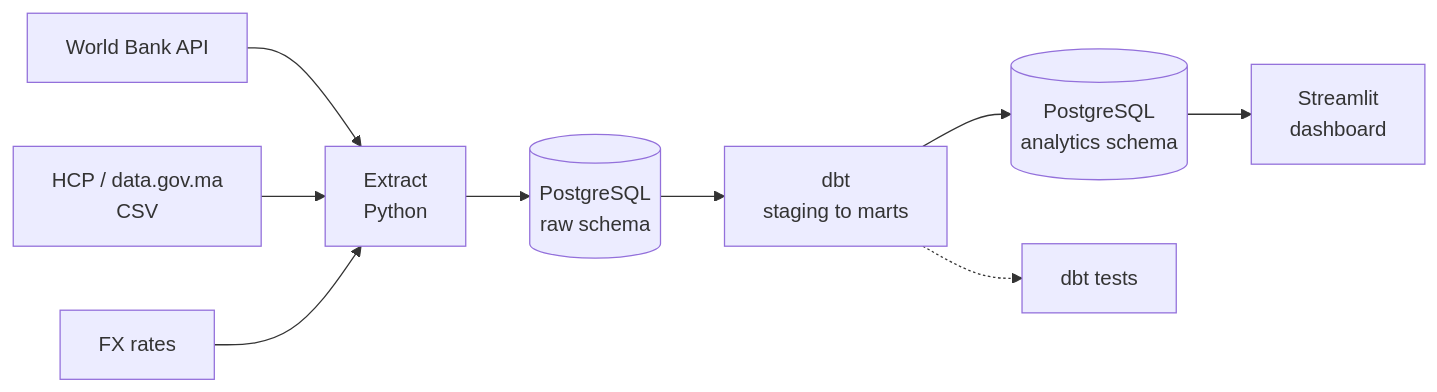
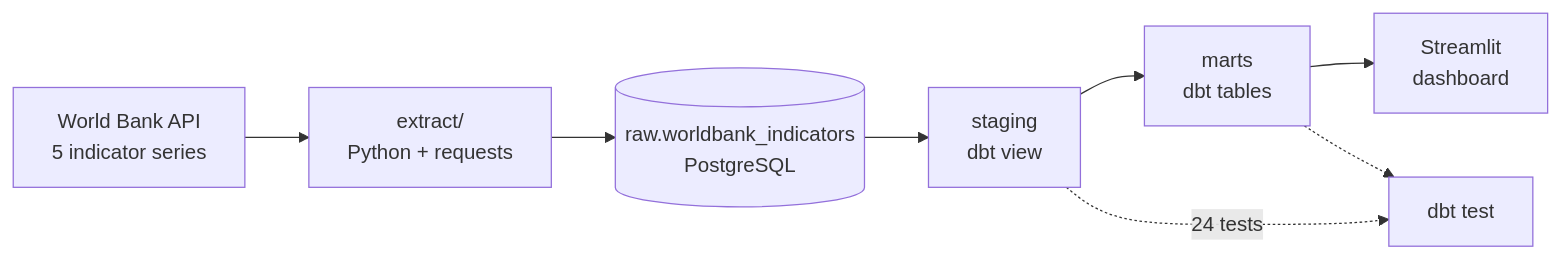
Before and after one commit to fzlmn/morocco-data-platform: the first of 2 diagrams in README.md, drawn with Mermaid. The commit also changed other lines of this file and 34 other files, not shown here.

````diff
--- a/README.md
+++ b/README.md
@@ -19,11 +31,10 @@
 ```mermaid
 flowchart LR
-    A[World Bank API] --> D[Extract<br/>Python]
-    B[HCP / data.gov.ma<br/>CSV] --> D
-    C[FX rates] --> D
-    D --> E[(PostgreSQL<br/>raw schema)]
-    E --> F[dbt<br/>staging to marts]
-    F --> G[(PostgreSQL<br/>analytics schema)]
-    G --> H[Streamlit<br/>dashboard]
-    F -.-> I[dbt tests]
+    A["World Bank API<br/>5 indicator series"] --> B["extract/<br/>Python + requests"]
+    B --> C[("raw.worldbank_indicators<br/>PostgreSQL")]
+    C --> D["staging<br/>dbt view"]
+    D --> E["marts<br/>dbt tables"]
+    E --> F["Streamlit<br/>dashboard"]
+    D -.->|24 tests| G["dbt test"]
+    E -.-> G
 ```
````
